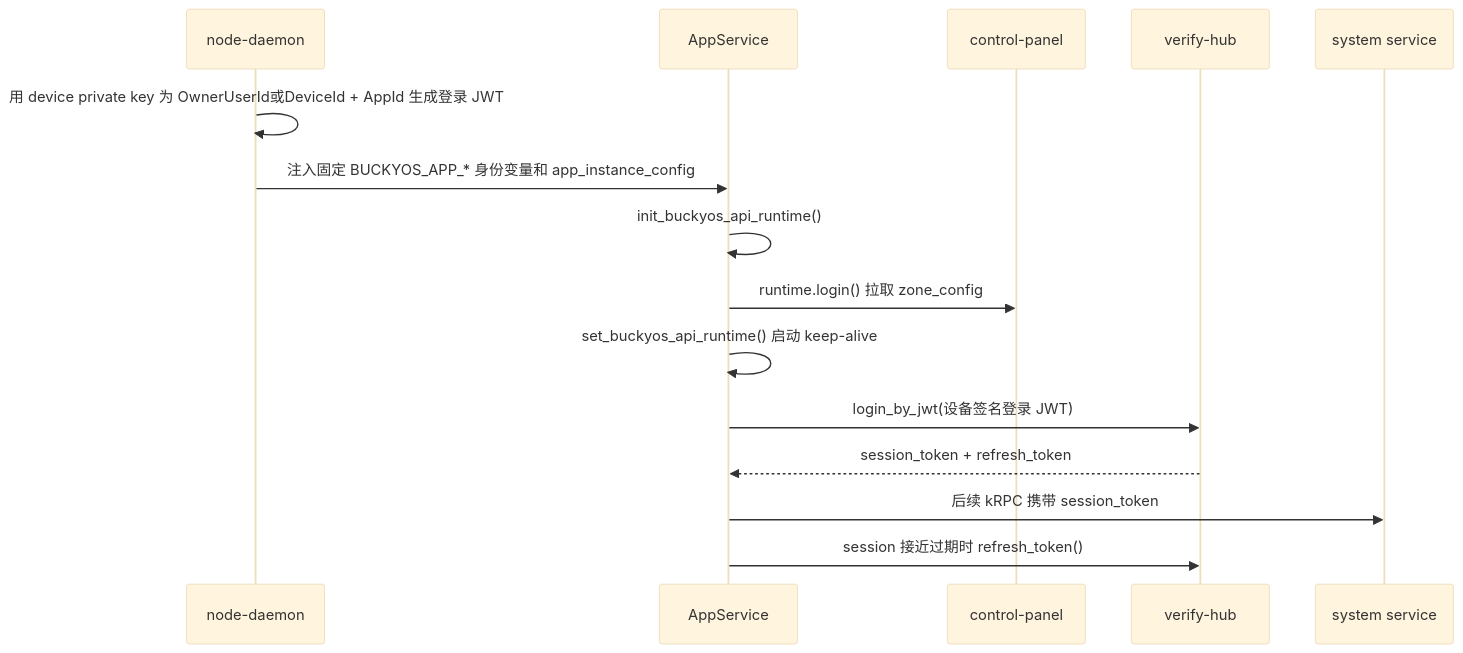
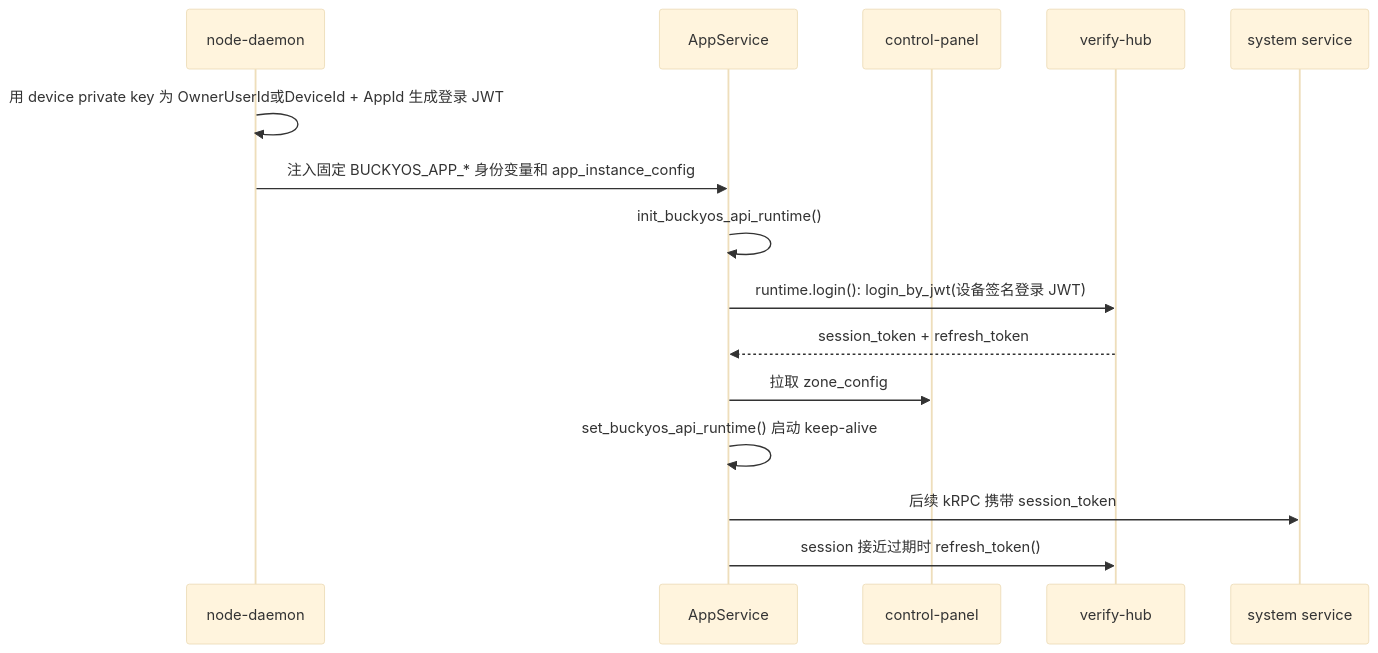
One commit to buckyos/buckyos changed the diagram in doc/sdk/runtime-login.md. Above: the diagram before and after it, drawn with Mermaid (base theme). The commit also changed other lines of this file and 23 other files, not shown here.

````diff
--- a/doc/sdk/runtime-login.md
+++ b/doc/sdk/runtime-login.md
@@ -99,18 +119,18 @@
 ```mermaid
 sequenceDiagram
   participant ND as node-daemon
   participant App as AppService
   participant CP as control-panel
   participant VH as verify-hub
   participant Svc as system service
 
   ND->>ND: 用 device private key 为 OwnerUserId或DeviceId + AppId 生成登录 JWT
   ND->>App: 注入固定 BUCKYOS_APP_* 身份变量和 app_instance_config
   App->>App: init_buckyos_api_runtime()
-  App->>CP: runtime.login() 拉取 zone_config
+  App->>VH: runtime.login(): login_by_jwt(设备签名登录 JWT)
+  VH-->>App: session_token + refresh_token
+  App->>CP: 拉取 zone_config
   App->>App: set_buckyos_api_runtime() 启动 keep-alive
-  App->>VH: login_by_jwt(设备签名登录 JWT)
-  VH-->>App: session_token + refresh_token
   App->>Svc: 后续 kRPC 携带 session_token
   App->>VH: session 接近过期时 refresh_token()
 ```
````
